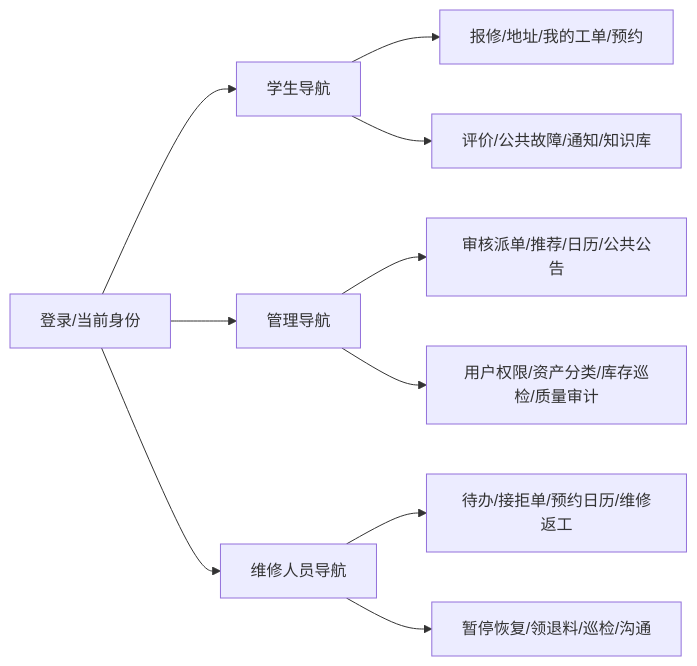
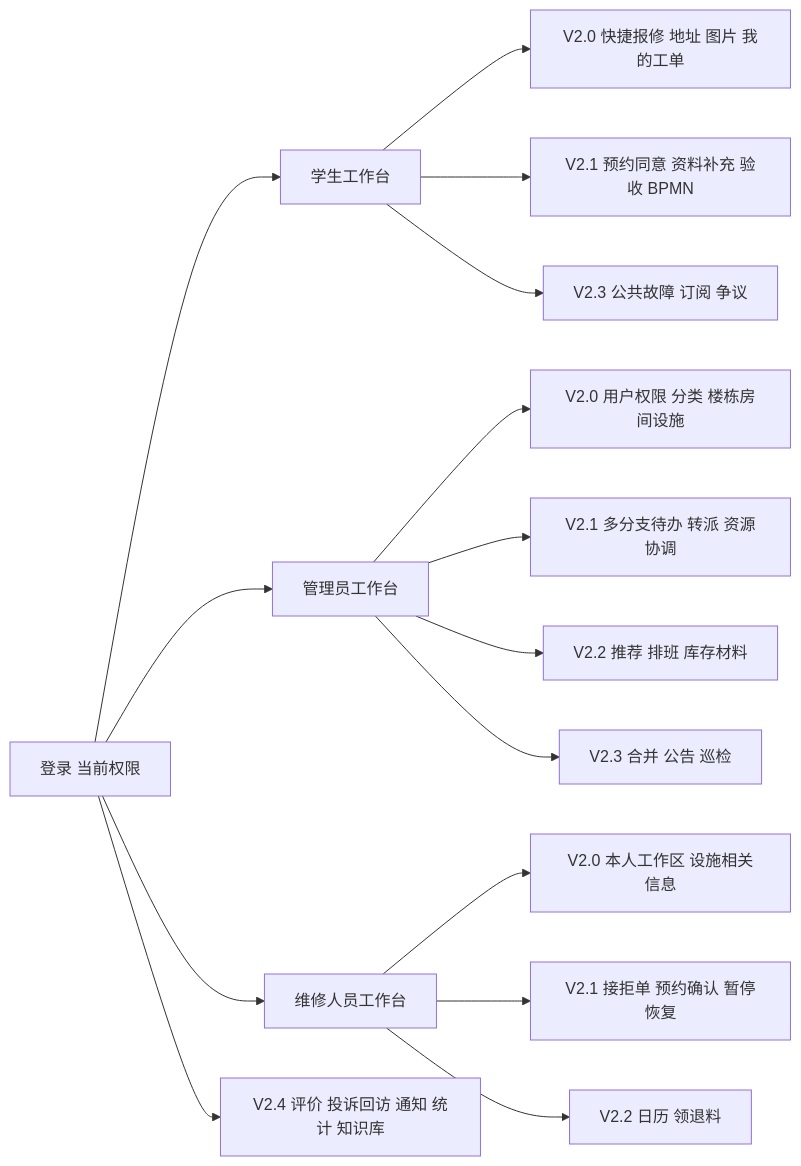
One commit to XinyuLiu-SCU/dorm-repair changed the diagram in docs/v2-design/07-前端页面与导航规划.md. Above: the diagram before and after it, drawn with Mermaid. The commit also changed other lines of this file and 18 other files, not shown here.

````diff
--- a/docs/v2-design/07-前端页面与导航规划.md
+++ b/docs/v2-design/07-前端页面与导航规划.md
@@ -5,12 +5,17 @@
 ```mermaid
 flowchart LR
- L[登录/当前身份] --> S[学生导航]
- L --> A[管理导航]
- L --> R[维修人员导航]
- S --> S1[报修/地址/我的工单/预约]
- S --> S2[评价/公共故障/通知/知识库]
- A --> A1[审核派单/推荐/日历/公共公告]
- A --> A2[用户权限/资产分类/库存巡检/质量审计]
- R --> R1[待办/接拒单/预约日历/维修返工]
- R --> R2[暂停恢复/领退料/巡检/沟通]
+ L[登录 当前权限] --> S[学生工作台]
+ L --> A[管理员工作台]
+ L --> R[维修人员工作台]
+ S --> S0[V2.0 快捷报修 地址 图片 我的工单]
+ A --> A0[V2.0 用户权限 分类 楼栋房间设施]
+ R --> R0[V2.0 本人工作区 设施相关信息]
+ S --> S1[V2.1 预约同意 资料补充 验收 BPMN]
+ A --> A1[V2.1 多分支待办 转派 资源协调]
+ R --> R1[V2.1 接拒单 预约确认 暂停恢复]
+ A --> A2[V2.2 推荐 排班 库存材料]
+ R --> R2[V2.2 日历 领退料]
+ S --> S3[V2.3 公共故障 订阅 争议]
+ A --> A3[V2.3 合并 公告 巡检]
+ L --> C[V2.4 评价 投诉回访 通知 统计 知识库]
 ```
````
